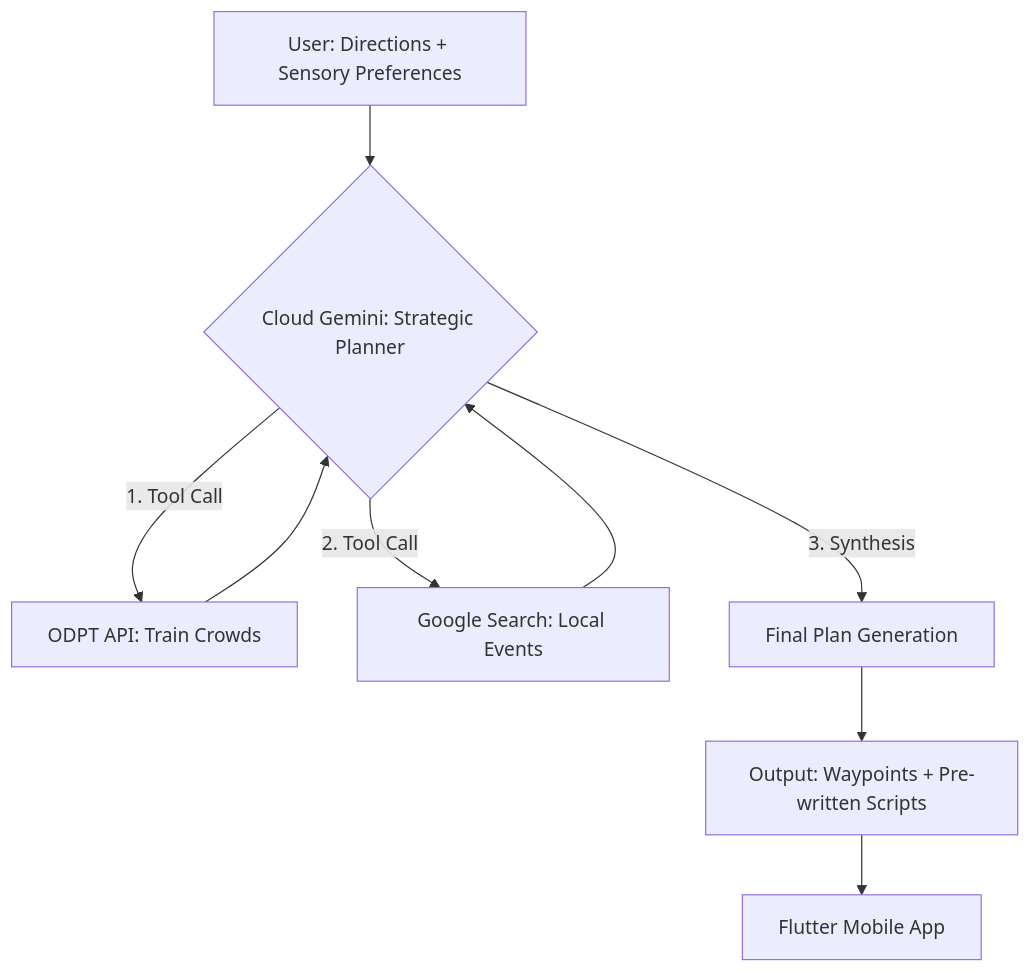
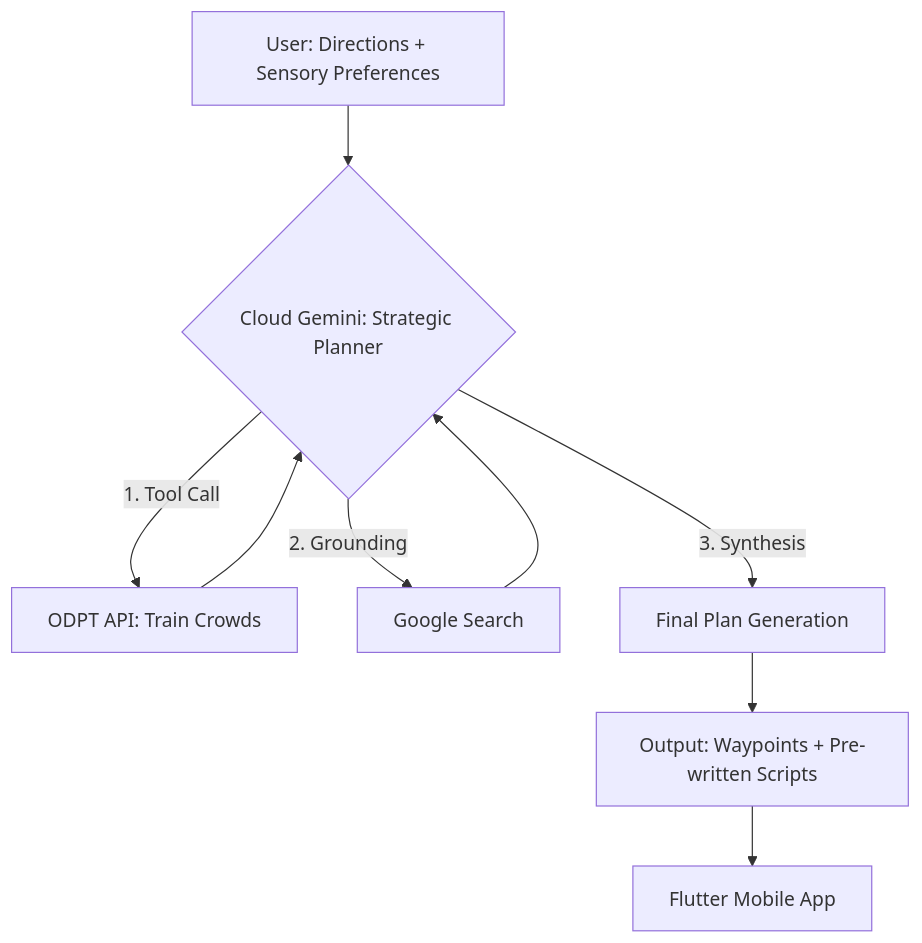
The diagram in docs/server/STRATEGIC_PLANNER.md (keiseiisobe/pocket-secure-base), drawn with Mermaid before and after one commit. The commit also changed other lines of this file and 11 other files, not shown here.

Commit message:
formatted diagram

````diff
--- a/docs/server/STRATEGIC_PLANNER.md
+++ b/docs/server/STRATEGIC_PLANNER.md
@@ -13,11 +13,11 @@
 ```mermaid
 graph TD
     UserReq[User: Directions + Sensory Preferences] --> Agent{Cloud Gemini: Strategic Planner}
     Agent -- "1. Tool Call" --> ODPT[ODPT API: Train Crowds]
-    Agent -- "2. Tool Call" --> GSearch[Google Search: Local Events]
+    Agent -- "2. Grounding" --> GSearch[Google Search]
     ODPT --> Agent
     GSearch --> Agent
     Agent -- "3. Synthesis" --> Plan[Final Plan Generation]
     Plan --> JSON[Output: Waypoints + Pre-written Scripts]
     JSON --> App[Flutter Mobile App]
 ```
````
